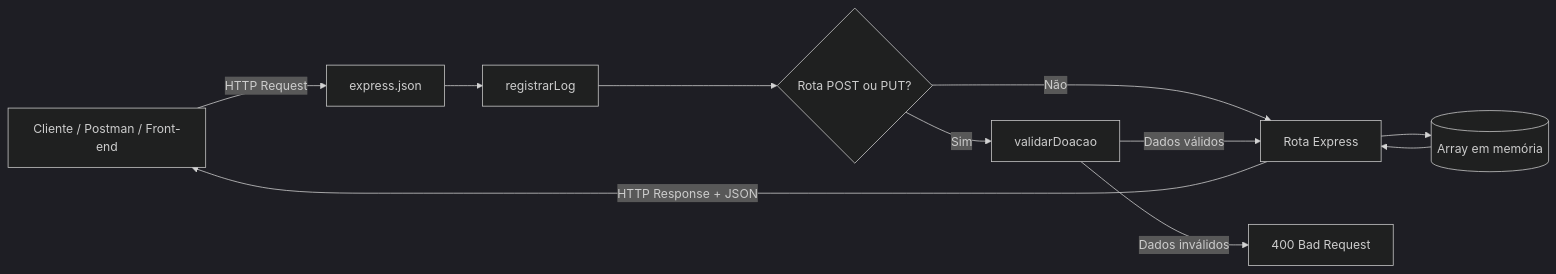
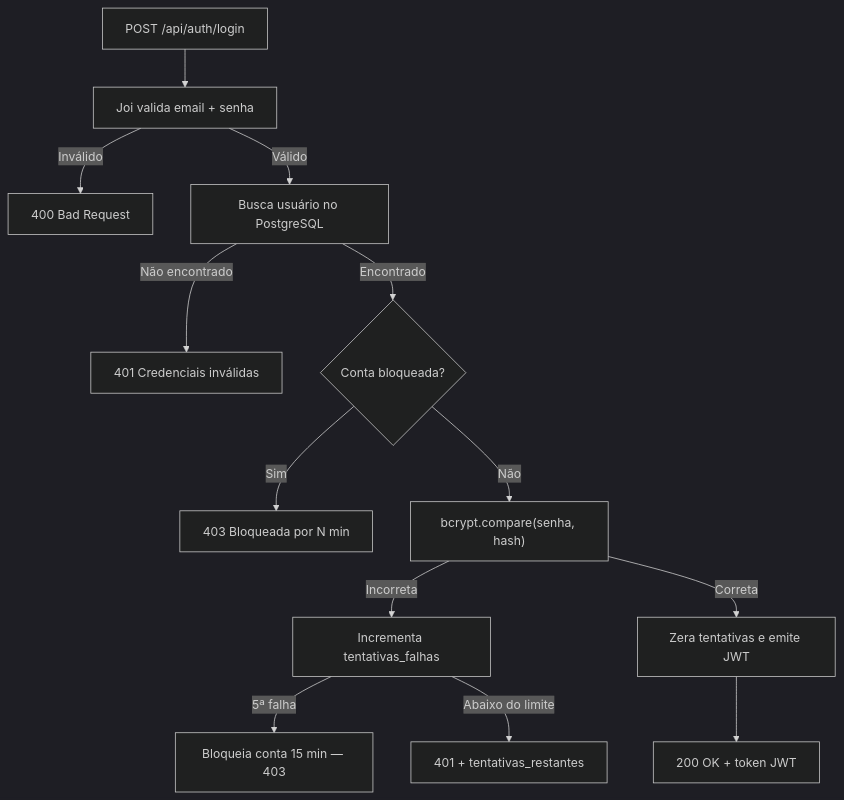
Before and after one commit to DaviAravechiaFMP/sistemaDeDoacoesBack: the first of 3 diagrams in README.md, drawn with Mermaid (dark theme). The commit also changed other lines of this file, not shown here.

````diff
--- a/README.md
+++ b/README.md
@@ -102,13 +105,15 @@
 ```mermaid
-flowchart LR
-    A[Cliente / Postman / Front-end] -->|HTTP Request| B[express.json]
-    B --> C[registrarLog]
-    C --> D{Rota POST ou PUT?}
-    D -->|Sim| E[validarDoacao]
-    D -->|Não| F[Rota Express]
-    E -->|Dados válidos| F
-    E -->|Dados inválidos| X[400 Bad Request]
-    F --> G[(Array em memória)]
-    G --> F
-    F -->|HTTP Response + JSON| A
+flowchart TD
+    A["POST /api/auth/login"] --> B["Joi valida email + senha"]
+    B -->|Inválido| C["400 Bad Request"]
+    B -->|Válido| D["Busca usuário no PostgreSQL"]
+    D -->|Não encontrado| E["401 Credenciais inválidas"]
+    D -->|Encontrado| F{"Conta bloqueada?"}
+    F -->|Sim| G["403 Bloqueada por N min"]
+    F -->|Não| H["bcrypt.compare(senha, hash)"]
+    H -->|Incorreta| I["Incrementa tentativas_falhas"]
+    I -->|5ª falha| J["Bloqueia conta 15 min — 403"]
+    I -->|Abaixo do limite| K["401 + tentativas_restantes"]
+    H -->|Correta| L["Zera tentativas e emite JWT"]
+    L --> M["200 OK + token JWT"]
 ```
````
